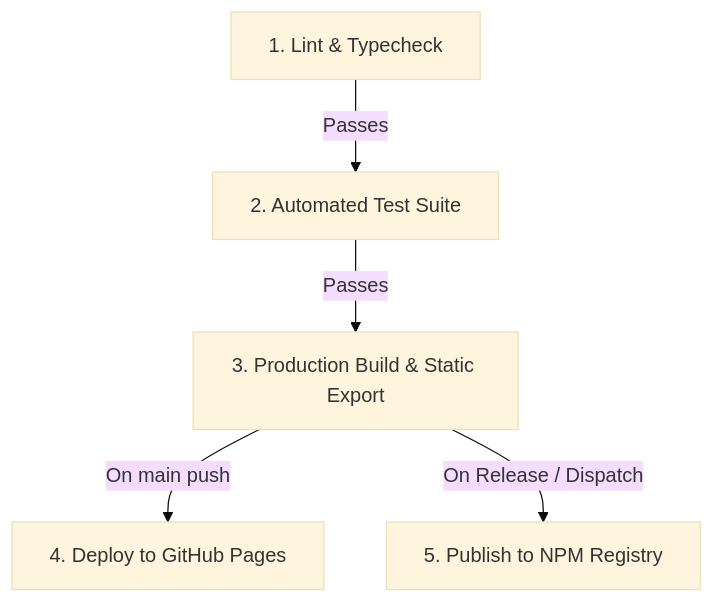
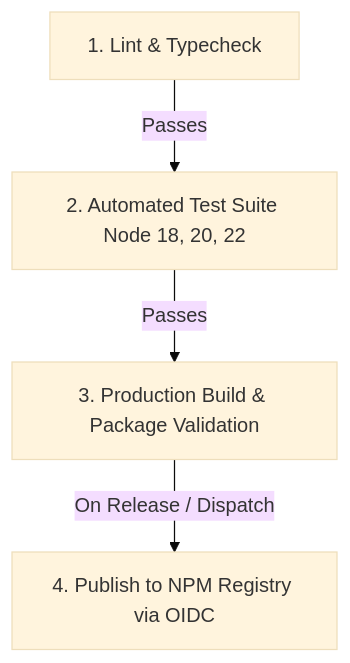
Before and after one commit to Sriramleo/agent-skills-catalog: the diagram in README.md, drawn with Mermaid (base theme). The commit also changed 1 other file, not shown here.

Commit message:
ci: remove GitHub Pages deployment job from CI/CD pipeline

````diff
--- a/README.md
+++ b/README.md
@@ -236,7 +236,6 @@
 ```mermaid
 graph TD
-    A[1. Lint & Typecheck] -->|Passes| B[2. Automated Test Suite]
-    B -->|Passes| C[3. Production Build & Static Export]
-    C -->|On main push| D[4. Deploy to GitHub Pages]
-    C -->|On Release / Dispatch| E[5. Publish to NPM Registry]
+    A[1. Lint & Typecheck] -->|Passes| B[2. Automated Test Suite Node 18, 20, 22]
+    B -->|Passes| C[3. Production Build & Package Validation]
+    C -->|On Release / Dispatch| D[4. Publish to NPM Registry via OIDC]
 ```
````
